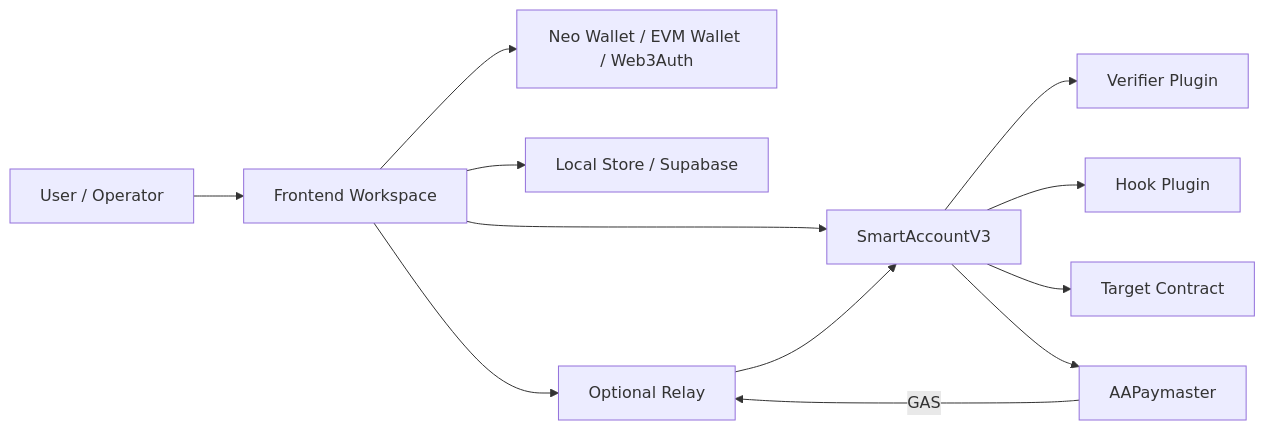
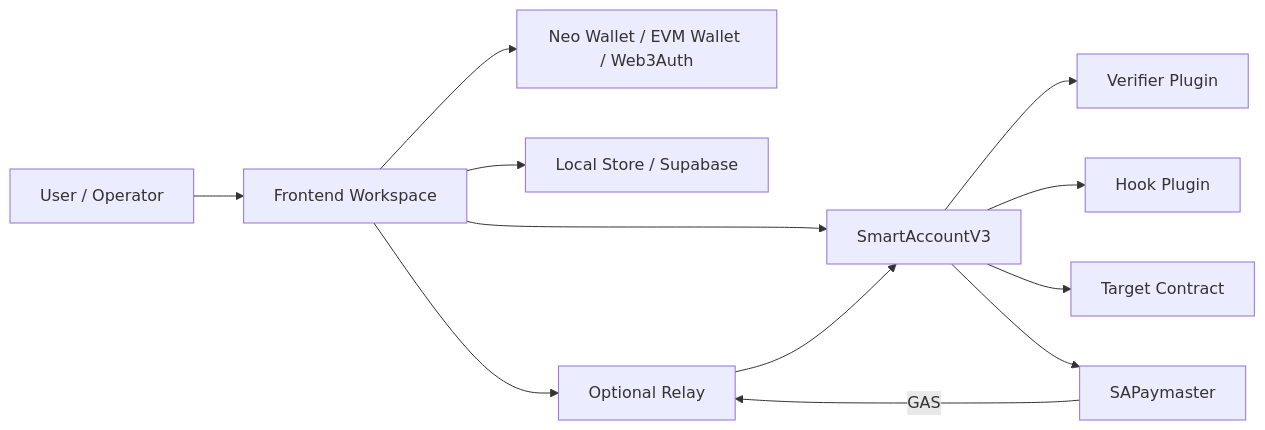
The first of 3 diagrams in docs/architecture.md (r3e-network/neo-os-aa), drawn with Mermaid before and after one commit. The commit also changed other lines of this file and 822 other files, not shown here.

````diff
--- a/docs/architecture.md
+++ b/docs/architecture.md
@@ -7,25 +7,25 @@
 ```mermaid
 flowchart LR
   User[User / Operator]
   Frontend[Frontend Workspace]
   Wallets[Neo Wallet / EVM Wallet / Web3Auth]
   Drafts[Local Store / Supabase]
   Relay[Optional Relay]
   Core[SmartAccountV3]
   Verifier[Verifier Plugin]
   Hook[Hook Plugin]
-  Paymaster[AAPaymaster]
+  Paymaster[SAPaymaster]
   Target[Target Contract]
 
   User --> Frontend
   Frontend --> Wallets
   Frontend --> Drafts
   Frontend --> Relay
   Frontend --> Core
   Relay --> Core
   Core --> Verifier
   Core --> Hook
   Core --> Target
   Core --> Paymaster
   Paymaster -->|GAS| Relay
 ```
````
